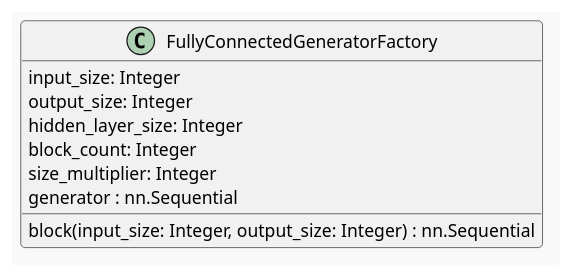
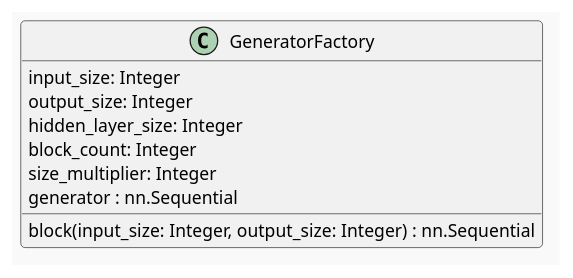
One commit to necromuralist/Neurotic-Networking changed the first of 2 diagrams in posts/a-fully-connected-generator.org. Above: the diagram before and after it, drawn with PlantUML. The commit also changed other lines of this file and 5 other files, not shown here.

Commit message:
Started bdd-driven Generator Factory

```diff
--- a/posts/a-fully-connected-generator.org
+++ b/posts/a-fully-connected-generator.org
@@ -22,14 +24,14 @@
-#+begin_src plantuml :file ../files/posts/a-fully-connected-generator/fully-connected-fartory.png :exports none
+#+begin_src plantuml :file ../files/posts/a-fully-connected-generator/fully-connected-factory.png :exports none
 !theme mars
 
-class FullyConnectedGeneratorFactory {
+class GeneratorFactory {
   input_size: Integer
   output_size: Integer
   hidden_layer_size: Integer
   block_count: Integer
   size_multiplier: Integer
   generator : nn.Sequential
 
   block(input_size: Integer, output_size: Integer) : nn.Sequential
 }
 #+end_src
```
